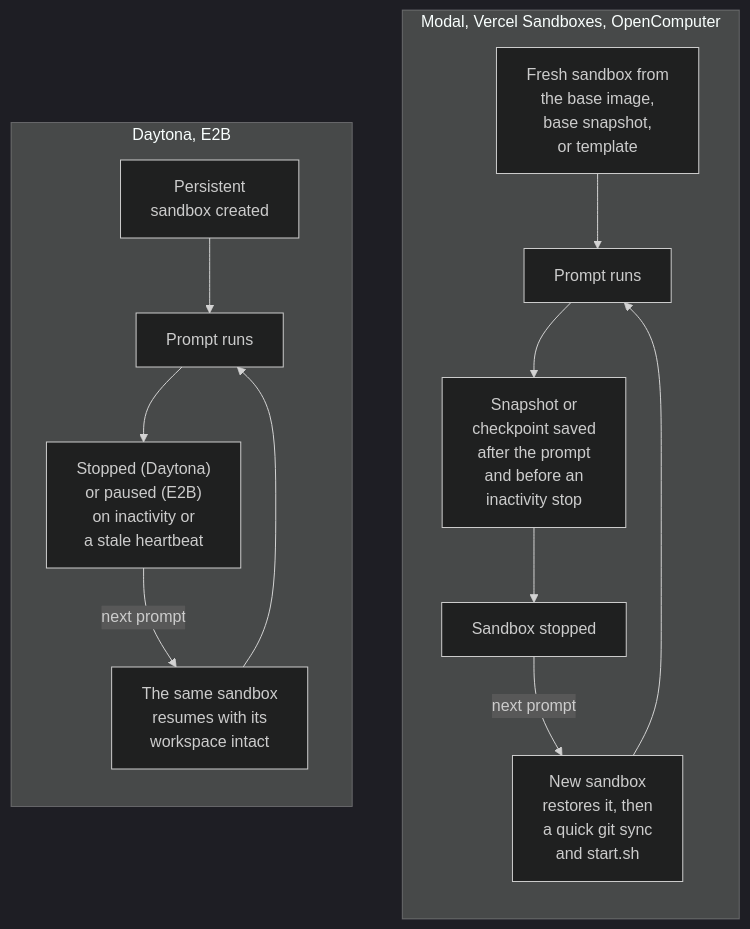
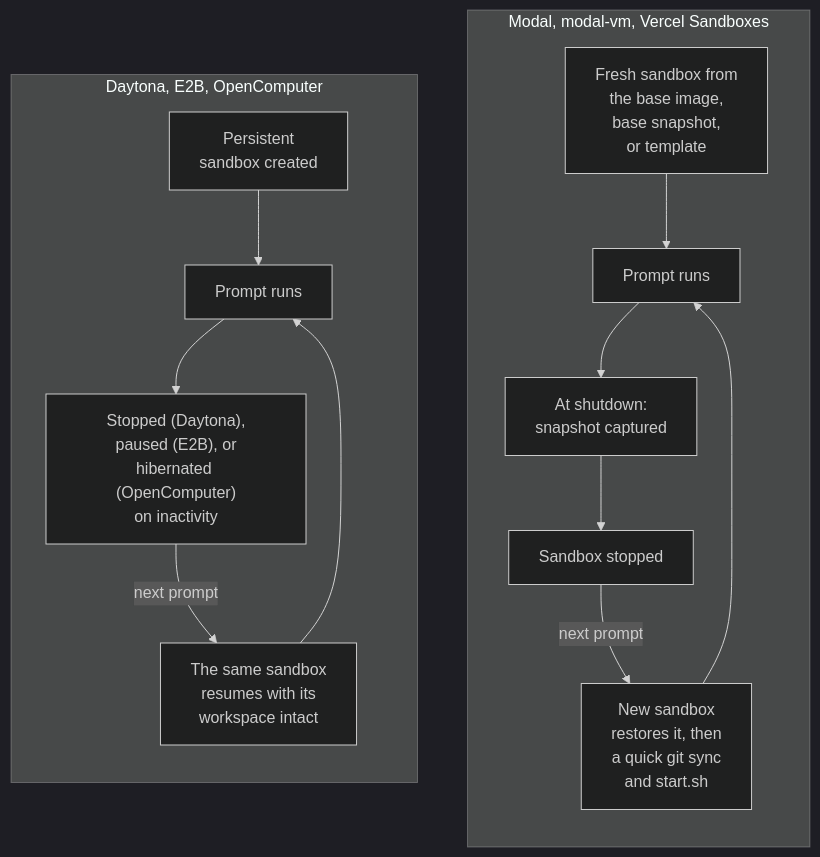
The diagram in packages/docs/content/docs/configure/sandbox-providers.mdx (ColeMurray/background-agents), drawn with Mermaid (dark theme) before and after one commit. The commit also changed other lines of this file and 24 other files, not shown here.

````diff
--- a/packages/docs/content/docs/configure/sandbox-providers.mdx
+++ b/packages/docs/content/docs/configure/sandbox-providers.mdx
@@ -43,19 +43,19 @@
 ```mermaid
 flowchart TB
     accTitle: Snapshot-based providers compared with persistent providers
-    subgraph snap["Modal, Vercel Sandboxes, OpenComputer"]
+    subgraph snap["Modal, modal-vm, Vercel Sandboxes"]
         direction TB
         s1["Fresh sandbox from<br/>the base image,<br/>base snapshot,<br/>or template"] --> s2["Prompt runs"]
-        s2 --> s3["Snapshot or<br/>checkpoint saved<br/>after the prompt<br/>and before an<br/>inactivity stop"]
+        s2 --> s3["At shutdown:<br/>snapshot captured"]
         s3 --> s4["Sandbox stopped"]
         s4 -- "next prompt" --> s5["New sandbox<br/>restores it, then<br/>a quick git sync<br/>and start.sh"]
         s5 --> s2
     end
-    subgraph persist["Daytona, E2B"]
+    subgraph persist["Daytona, E2B, OpenComputer"]
         direction TB
         p1["Persistent<br/>sandbox created"] --> p2["Prompt runs"]
-        p2 --> p3["Stopped (Daytona)<br/>or paused (E2B)<br/>on inactivity or<br/>a stale heartbeat"]
+        p2 --> p3["Stopped (Daytona),<br/>paused (E2B), or<br/>hibernated (OpenComputer)<br/>on inactivity"]
         p3 -- "next prompt" --> p4["The same sandbox<br/>resumes with its<br/>workspace intact"]
         p4 --> p2
     end
 ```
````
